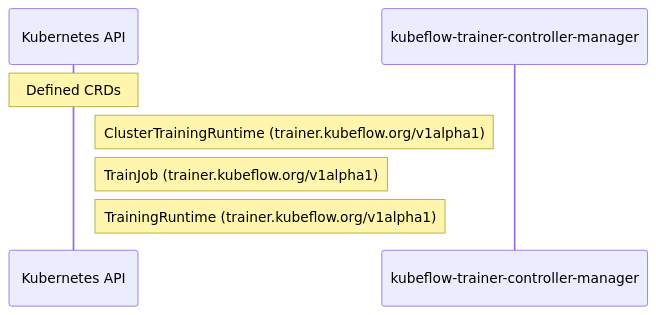
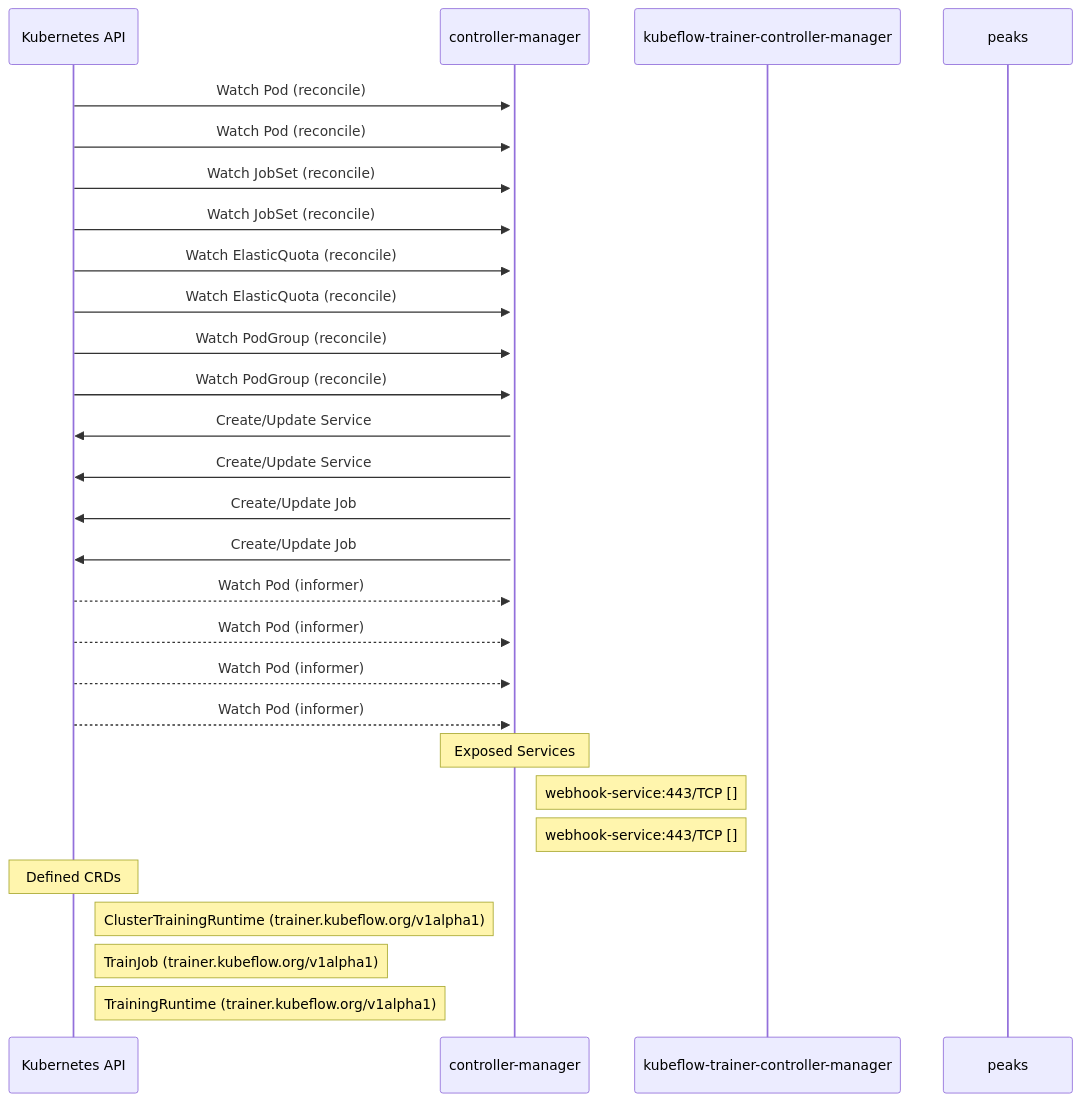
One commit to ugiordan/rhoai-architecture-analyzer changed the diagram in site/docs/use-cases/odh-platform/components/trainer/dataflow.md. Above: the diagram before and after it, drawn with Mermaid. The commit also changed other lines of this file and 402 other files, not shown here.

````diff
--- a/site/docs/use-cases/odh-platform/components/trainer/dataflow.md
+++ b/site/docs/use-cases/odh-platform/components/trainer/dataflow.md
@@ -13,13 +38,35 @@
 ```mermaid
 sequenceDiagram
     %% Static dataflow for trainer
 
     participant KubernetesAPI as Kubernetes API
+    participant controller_manager as controller-manager
     participant kubeflow_trainer_controller_manager as kubeflow-trainer-controller-manager
+    participant peaks as peaks
 
+    KubernetesAPI->>+controller_manager: Watch Pod (reconcile)
+    KubernetesAPI->>+controller_manager: Watch Pod (reconcile)
+    KubernetesAPI->>+controller_manager: Watch JobSet (reconcile)
+    KubernetesAPI->>+controller_manager: Watch JobSet (reconcile)
+    KubernetesAPI->>+controller_manager: Watch ElasticQuota (reconcile)
+    KubernetesAPI->>+controller_manager: Watch ElasticQuota (reconcile)
+    KubernetesAPI->>+controller_manager: Watch PodGroup (reconcile)
+    KubernetesAPI->>+controller_manager: Watch PodGroup (reconcile)
+    controller_manager->>KubernetesAPI: Create/Update Service
+    controller_manager->>KubernetesAPI: Create/Update Service
+    controller_manager->>KubernetesAPI: Create/Update Job
+    controller_manager->>KubernetesAPI: Create/Update Job
+    KubernetesAPI-->>+controller_manager: Watch Pod (informer)
+    KubernetesAPI-->>+controller_manager: Watch Pod (informer)
+    KubernetesAPI-->>+controller_manager: Watch Pod (informer)
+    KubernetesAPI-->>+controller_manager: Watch Pod (informer)
+
+    Note over controller_manager: Exposed Services
+    Note right of controller_manager: webhook-service:443/TCP []
+    Note right of controller_manager: webhook-service:443/TCP []
 
     Note over KubernetesAPI: Defined CRDs
     Note right of KubernetesAPI: ClusterTrainingRuntime (trainer.kubeflow.org/v1alpha1)
     Note right of KubernetesAPI: TrainJob (trainer.kubeflow.org/v1alpha1)
     Note right of KubernetesAPI: TrainingRuntime (trainer.kubeflow.org/v1alpha1)
 ```
````
